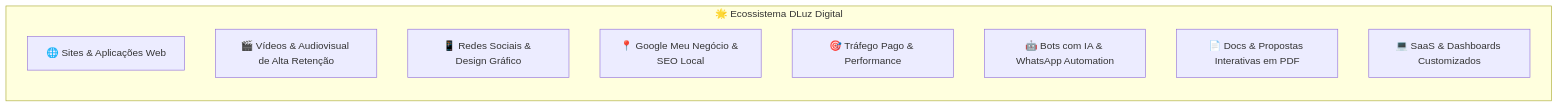
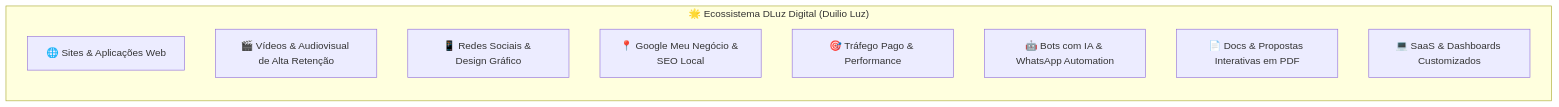
Before and after one commit to dluzgames/dluz-digital: the diagram in docs/dluz_digital_masterplan.md, drawn with Mermaid. The commit also changed other lines of this file and 5 other files, not shown here.

Commit message:
feat: atualizar nome formal Duilio Luz, WhatsApp (63) 98124-9724 e Instagram @dluz.digital.pso

````diff
--- a/docs/dluz_digital_masterplan.md
+++ b/docs/dluz_digital_masterplan.md
@@ -20,14 +20,14 @@
 ```mermaid
 flowchart TD
-    subgraph DLUZ_DIGITAL["🌟 Ecossistema DLuz Digital"]
+    subgraph DLUZ_DIGITAL["🌟 Ecossistema DLuz Digital (Duilio Luz)"]
         direction TB
         A["🌐 Sites & Aplicações Web"]
         B["🎬 Vídeos & Audiovisual de Alta Retenção"]
         C["📱 Redes Sociais & Design Gráfico"]
         D["📍 Google Meu Negócio & SEO Local"]
         E["🎯 Tráfego Pago & Performance"]
         F["🤖 Bots com IA & WhatsApp Automation"]
         G["📄 Docs & Propostas Interativas em PDF"]
         H["💻 SaaS & Dashboards Customizados"]
     end
 ```
````
